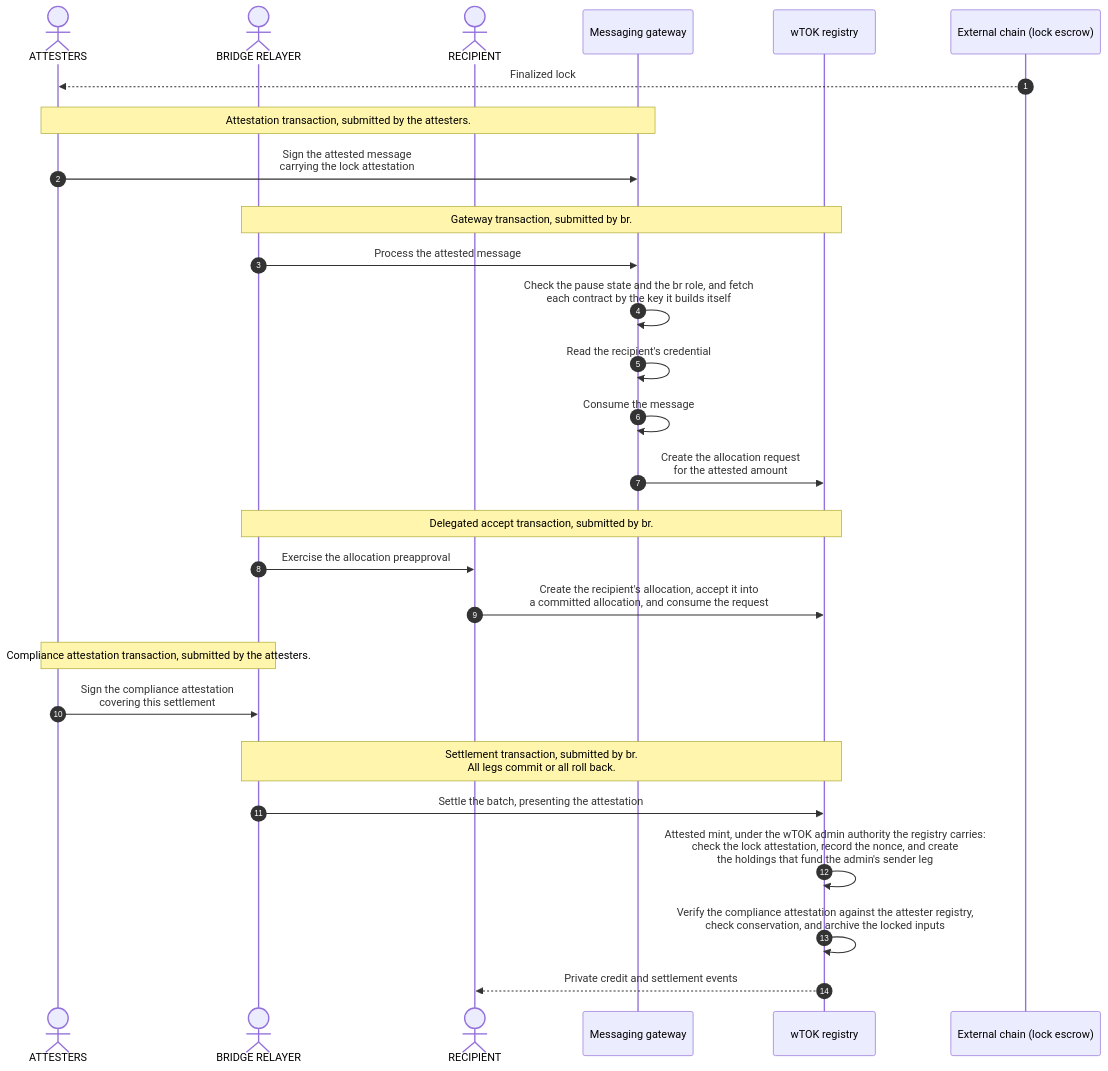
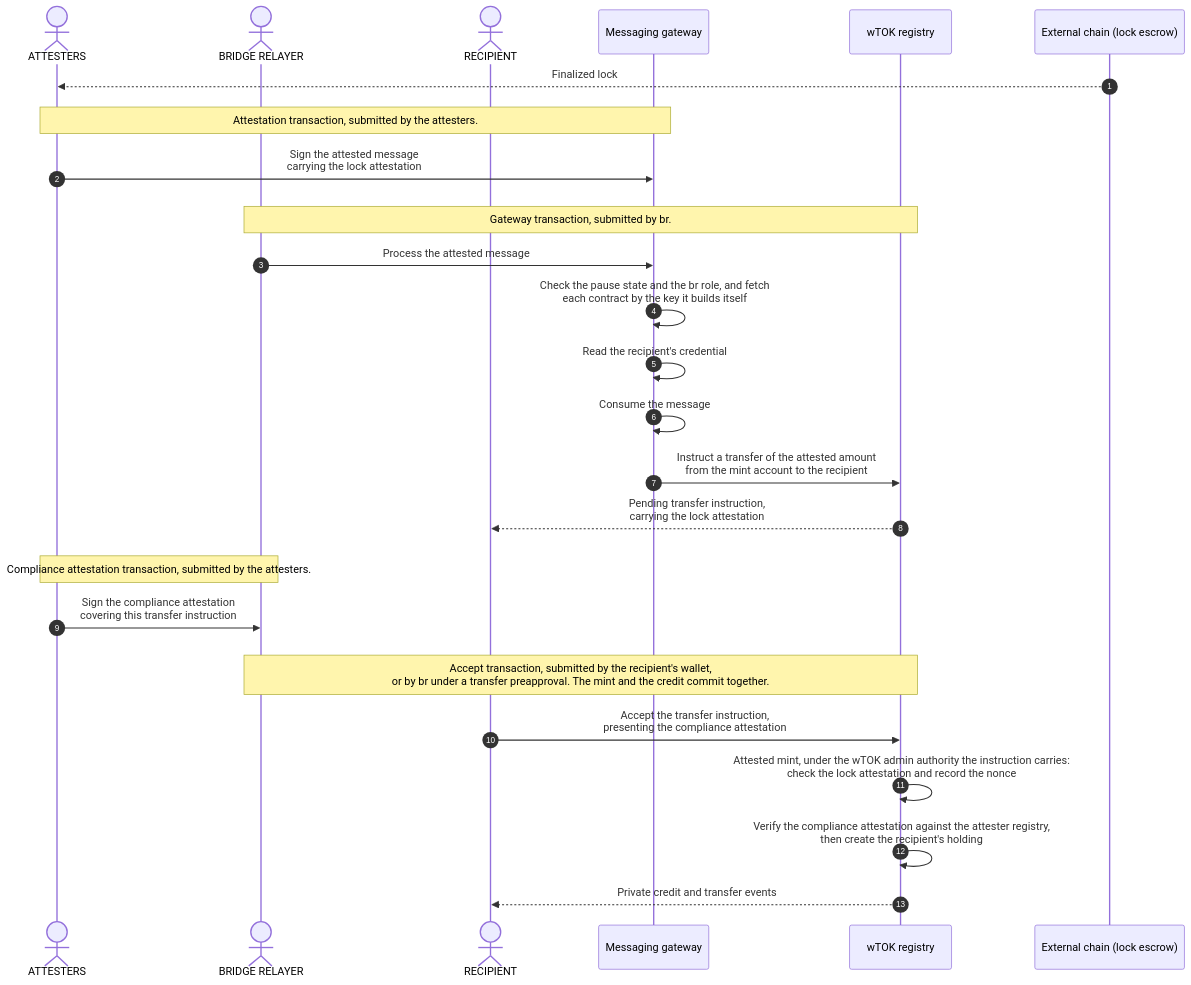
The first of 4 diagrams in docs/reference-architectures/cross-chain-stablecoin.md (OpenZeppelin/canton-specs), drawn with Mermaid before and after one commit. The commit also changed other lines of this file, not shown here.

Commit message:
redesign to use transfer flow

````diff
--- a/docs/reference-architectures/cross-chain-stablecoin.md
+++ b/docs/reference-architectures/cross-chain-stablecoin.md
@@ -372,40 +379,36 @@
 ```mermaid
 sequenceDiagram
     autonumber
     actor Attesters as ATTESTERS
     actor Relayer as BRIDGE RELAYER
     actor Recipient as RECIPIENT
     participant App as Messaging gateway
     participant Registry as wTOK registry
     participant Chain as External chain (lock escrow)
 
     Chain-->>Attesters: Finalized lock
     rect rgba(255, 255, 255, .1)
         Note over Attesters,App: Attestation transaction, submitted by the attesters.
         Attesters->>App: Sign the attested message<br/>carrying the lock attestation
     end
     rect rgba(255, 255, 255, .1)
         Note over Relayer,Registry: Gateway transaction, submitted by br.
         Relayer->>App: Process the attested message
         App->>App: Check the pause state and the br role, and fetch<br/>each contract by the key it builds itself
         App->>App: Read the recipient's credential
         App->>App: Consume the message
-        App->>Registry: Create the allocation request<br/>for the attested amount
-    end
-    rect rgba(255, 255, 255, .1)
-        Note over Relayer,Registry: Delegated accept transaction, submitted by br.
-        Relayer->>Recipient: Exercise the allocation preapproval
-        Recipient->>Registry: Create the recipient's allocation, accept it into<br/>a committed allocation, and consume the request
+        App->>Registry: Instruct a transfer of the attested amount<br/>from the mint account to the recipient
+        Registry-->>Recipient: Pending transfer instruction,<br/>carrying the lock attestation
     end
     rect rgba(255, 255, 255, .1)
         Note over Attesters,Relayer: Compliance attestation transaction, submitted by the attesters.
-        Attesters->>Relayer: Sign the compliance attestation<br/>covering this settlement
+        Attesters->>Relayer: Sign the compliance attestation<br/>covering this transfer instruction
     end
     rect rgba(255, 255, 255, .1)
-        Note over Relayer,Registry: Settlement transaction, submitted by br.<br/>All legs commit or all roll back.
-        Relayer->>Registry: Settle the batch, presenting the attestation
-        Registry->>Registry: Attested mint, under the wTOK admin authority the registry carries:<br/>check the lock attestation, record the nonce, and create<br/>the holdings that fund the admin's sender leg
-        Registry->>Registry: Verify the compliance attestation against the attester registry,<br/>check conservation, and archive the locked inputs
-        Registry-->>Recipient: Private credit and settlement events
+        Note over Relayer,Registry: Accept transaction, submitted by the recipient's wallet,<br/>or by br under a transfer preapproval. The mint and the credit commit together.
+        Recipient->>Registry: Accept the transfer instruction,<br/>presenting the compliance attestation
+        Registry->>Registry: Attested mint, under the wTOK admin authority the instruction carries:<br/>check the lock attestation and record the nonce
+        Registry->>Registry: Verify the compliance attestation against the attester registry,<br/>then create the recipient's holding
+        Registry-->>Recipient: Private credit and transfer events
     end
 ```
````
